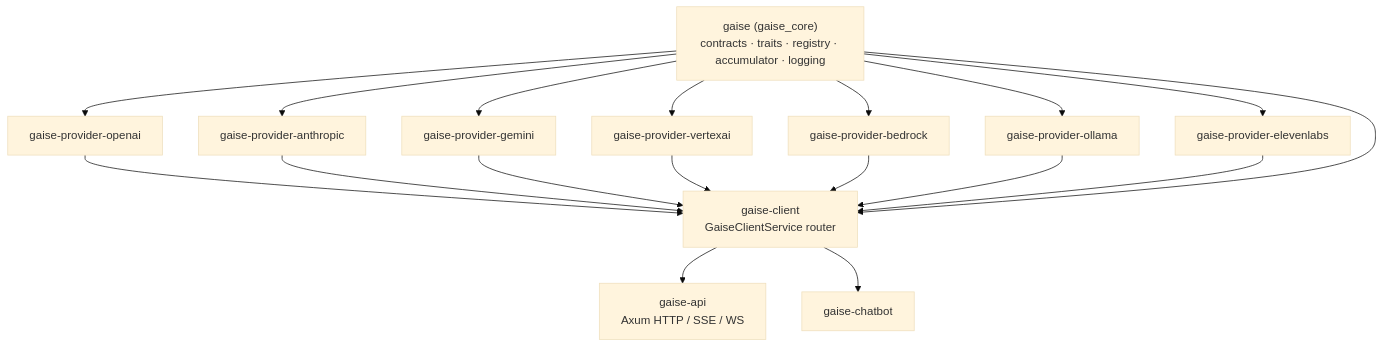
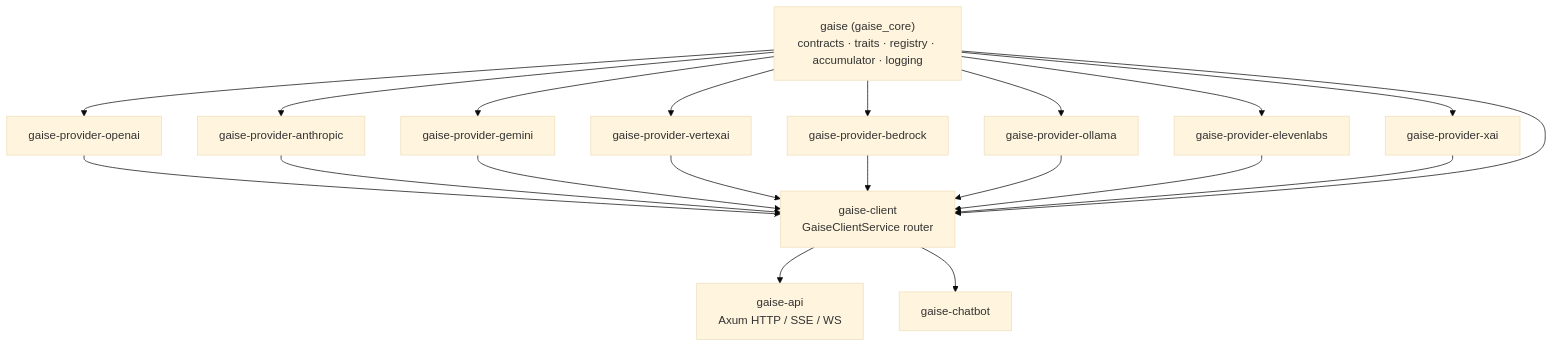
The first of 5 diagrams in wiki/sdk.md (ikcore/gaise), drawn with Mermaid (base theme) before and after one commit. The commit also changed other lines of this file and 44 other files, not shown here.

````diff
--- a/wiki/sdk.md
+++ b/wiki/sdk.md
@@ -24,19 +24,20 @@
 ```mermaid
 flowchart TD
     core["gaise (gaise_core)<br/>contracts · traits · registry · accumulator · logging"]
     oai[gaise-provider-openai]
     ant[gaise-provider-anthropic]
     gem[gaise-provider-gemini]
     vai[gaise-provider-vertexai]
     bed[gaise-provider-bedrock]
     oll[gaise-provider-ollama]
     ell[gaise-provider-elevenlabs]
+    xai[gaise-provider-xai]
     client["gaise-client<br/>GaiseClientService router"]
     api["gaise-api<br/>Axum HTTP / SSE / WS"]
     bot[gaise-chatbot]
-    core --> oai & ant & gem & vai & bed & oll & ell
-    oai & ant & gem & vai & bed & oll & ell --> client
+    core --> oai & ant & gem & vai & bed & oll & ell & xai
+    oai & ant & gem & vai & bed & oll & ell & xai --> client
     core --> client
     client --> api
     client --> bot
 ```
````
